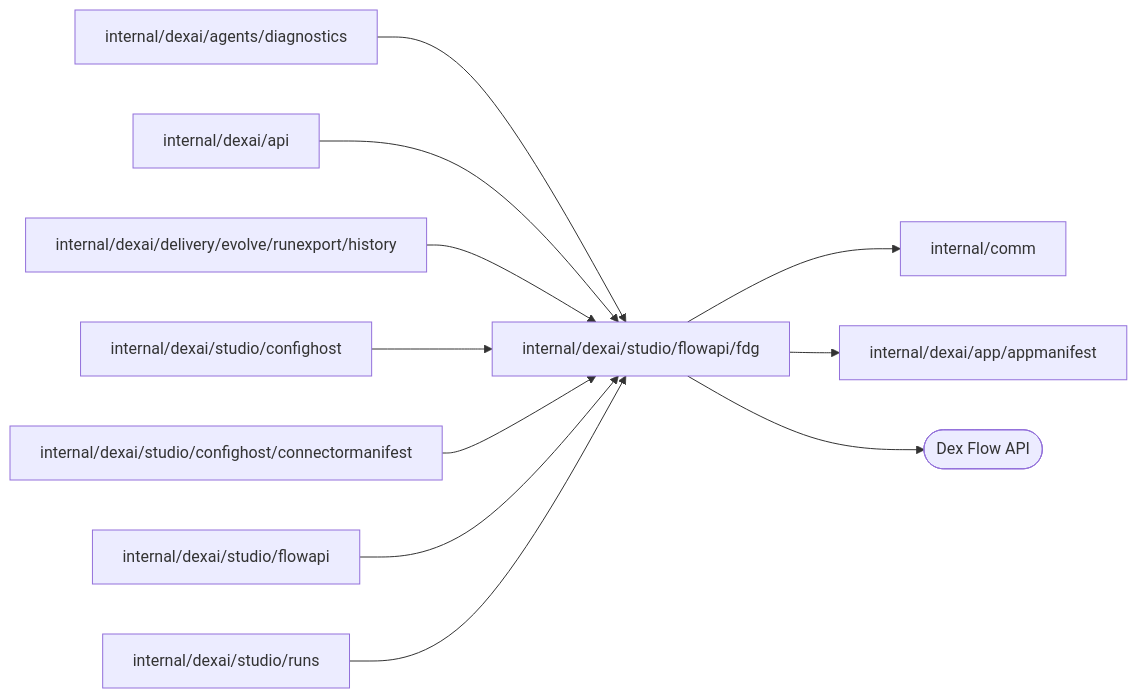
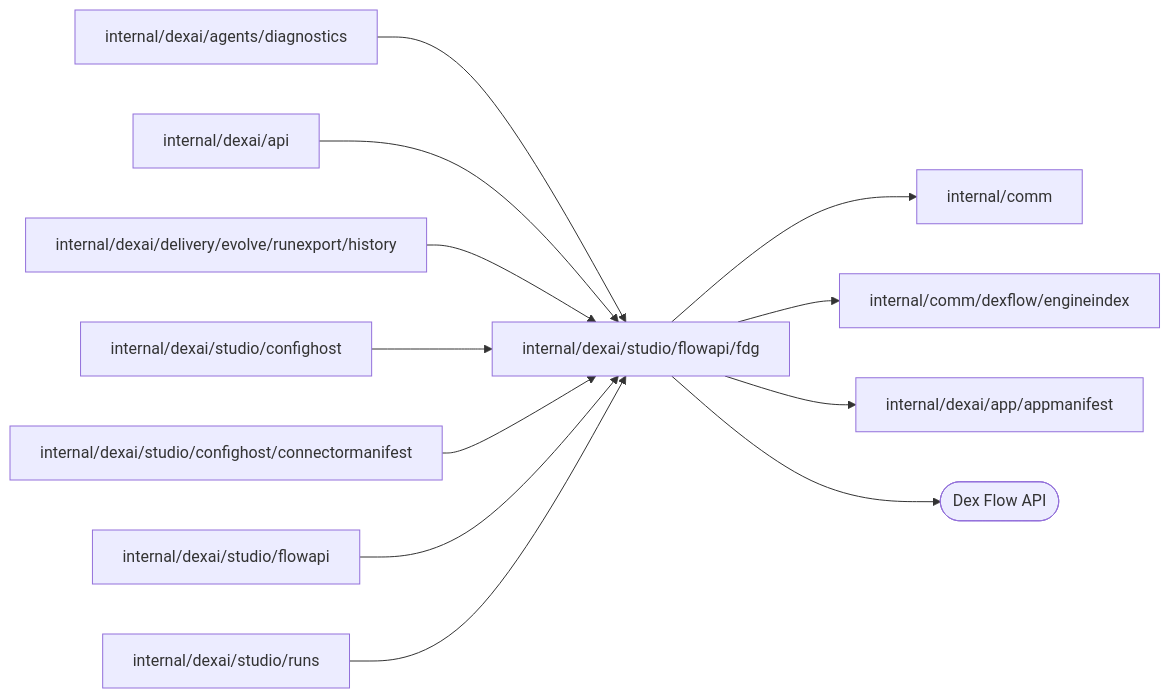
One commit to superdurable/superverse changed the diagram in internal/dexai/studio/flowapi/fdg/README.md. Above: the diagram before and after it, drawn with Mermaid. The commit also changed other lines of this file and 40 other files, not shown here.

````diff
--- a/internal/dexai/studio/flowapi/fdg/README.md
+++ b/internal/dexai/studio/flowapi/fdg/README.md
@@ -10,14 +10,15 @@
 ```mermaid
 flowchart LR
   self["internal/dexai/studio/flowapi/fdg"]
   c0["internal/dexai/agents/diagnostics"] --> self
   c1["internal/dexai/api"] --> self
   c2["internal/dexai/delivery/evolve/runexport/history"] --> self
   c3["internal/dexai/studio/confighost"] --> self
   c4["internal/dexai/studio/confighost/connectormanifest"] --> self
   c5["internal/dexai/studio/flowapi"] --> self
   c6["internal/dexai/studio/runs"] --> self
   self --> d0["internal/comm"]
-  self --> d1["internal/dexai/app/appmanifest"]
+  self --> d1["internal/comm/dexflow/engineindex"]
+  self --> d2["internal/dexai/app/appmanifest"]
   self --> e0(["Dex Flow API"])
 ```
````
